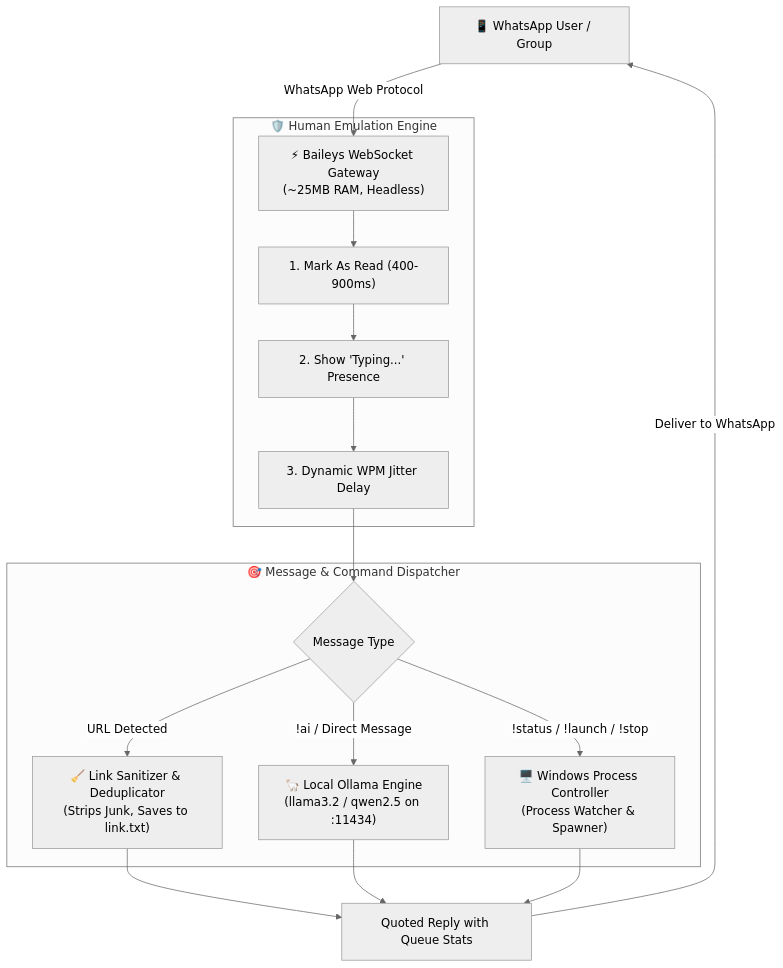
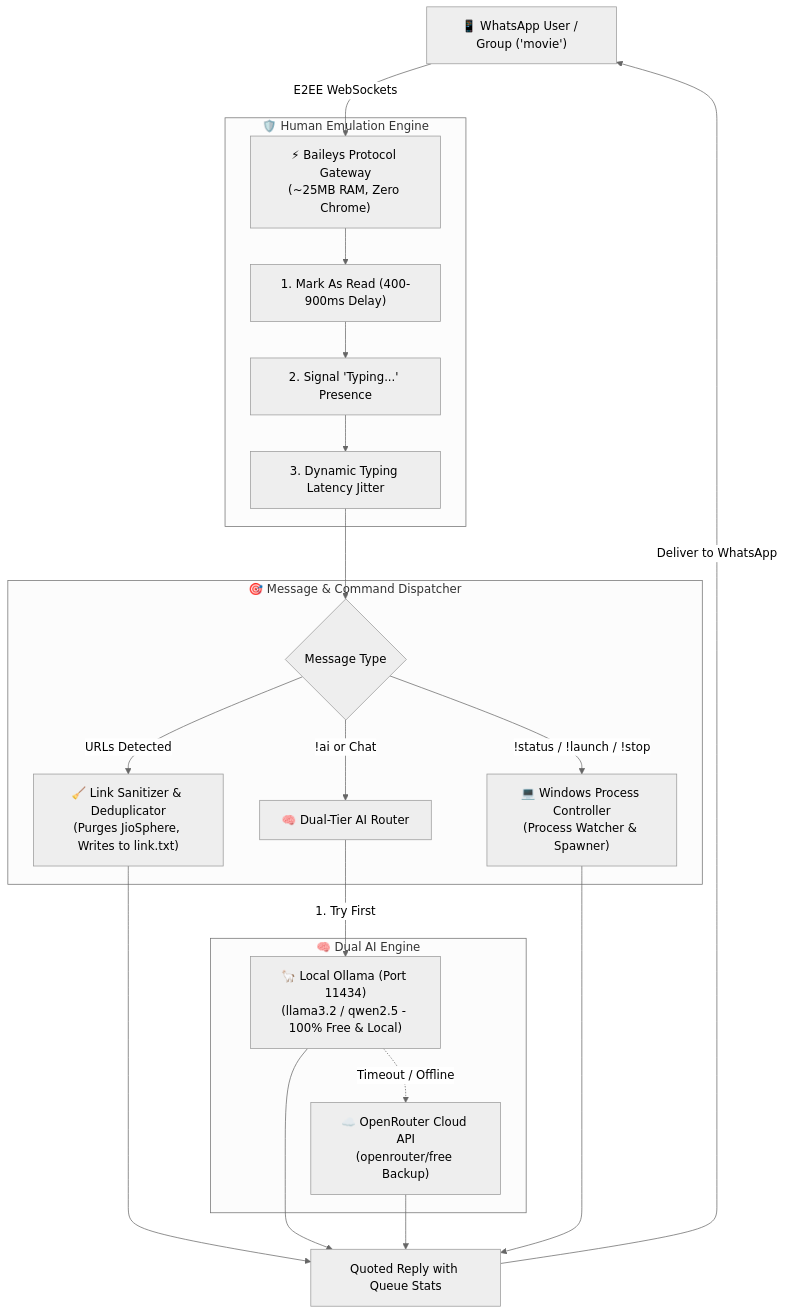
Before and after one commit to Hariprajwal/whatsapp-custom-agent: the diagram in README.md, drawn with Mermaid (neutral theme). The commit also changed other lines of this file and 2 other files, not shown here.

Commit message:
docs: add SEO-optimized README, AGENTS.md, and llms.txt for AI crawlers

````diff
--- a/README.md
+++ b/README.md
@@ -31,22 +55,28 @@
 ```mermaid
 flowchart TD
-    User["📱 WhatsApp User / Group"] -->|WhatsApp Web Protocol| Baileys["⚡ Baileys WebSocket Gateway\n(~25MB RAM, Headless)"]
+    User["📱 WhatsApp User / Group ('movie')"] -->|E2EE WebSockets| Baileys["⚡ Baileys Protocol Gateway\n(~25MB RAM, Zero Chrome)"]
     
-    subgraph HumanSafety ["🛡️ Human Emulation Engine"]
-        Baileys --> Read["1. Mark As Read (400-900ms)"]
-        Read --> Typing["2. Show 'Typing...' Presence"]
-        Typing --> Latency["3. Dynamic WPM Jitter Delay"]
+    subgraph AntiBan ["🛡️ Human Emulation Engine"]
+        Baileys --> Read["1. Mark As Read (400-900ms Delay)"]
+        Read --> Typing["2. Signal 'Typing...' Presence"]
+        Typing --> WPM["3. Dynamic Typing Latency Jitter"]
     end
     
-    subgraph Dispatcher ["🎯 Message & Command Dispatcher"]
-        Latency --> Filter{Message Type}
-        Filter -->|URL Detected| Sanitizer["🧹 Link Sanitizer & Deduplicator\n(Strips Junk, Saves to link.txt)"]
-        Filter -->|!ai / Direct Message| Ollama["🦙 Local Ollama Engine\n(llama3.2 / qwen2.5 on :11434)"]
-        Filter -->|!status / !launch / !stop| Controller["🖥️ Windows Process Controller\n(Process Watcher & Spawner)"]
+    subgraph Routing ["🎯 Message & Command Dispatcher"]
+        WPM --> Dispatcher{Message Type}
+        Dispatcher -->|URLs Detected| Sanitizer["🧹 Link Sanitizer & Deduplicator\n(Purges JioSphere, Writes to link.txt)"]
+        Dispatcher -->|!ai or Chat| DualAI["🧠 Dual-Tier AI Router"]
+        Dispatcher -->|!status / !launch / !stop| SysCtrl["💻 Windows Process Controller\n(Process Watcher & Spawner)"]
+    end
+
+    subgraph DualTierAI ["🧠 Dual AI Engine"]
+        DualAI -->|1. Try First| Ollama["🦙 Local Ollama (Port 11434)\n(llama3.2 / qwen2.5 - 100% Free & Local)"]
+        Ollama -.->|Timeout / Offline| OpenRouter["☁️ OpenRouter Cloud API\n(openrouter/free Backup)"]
     end
 
     Sanitizer --> Reply["Quoted Reply with Queue Stats"]
     Ollama --> Reply
-    Controller --> Reply
+    OpenRouter --> Reply
+    SysCtrl --> Reply
     Reply -->|Deliver to WhatsApp| User
 ```
````
